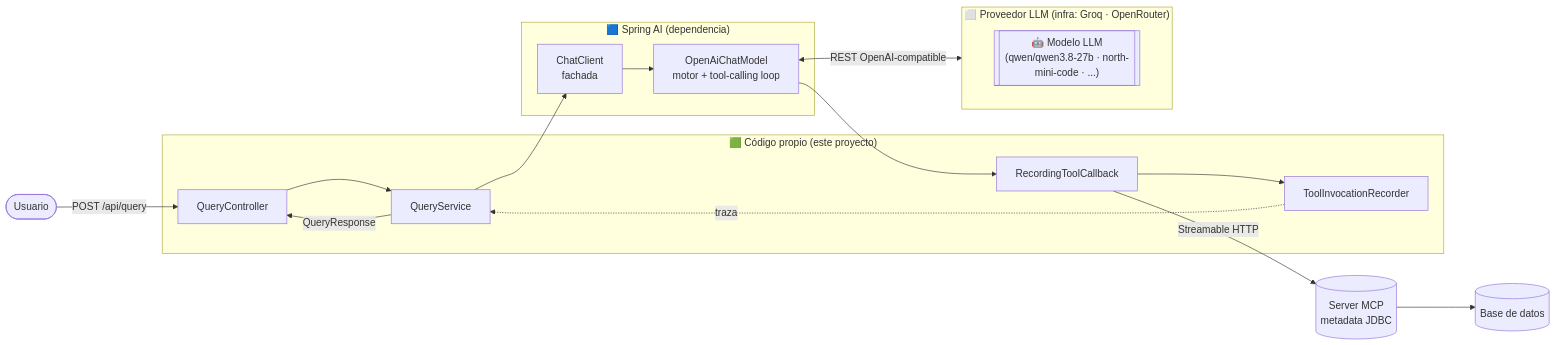
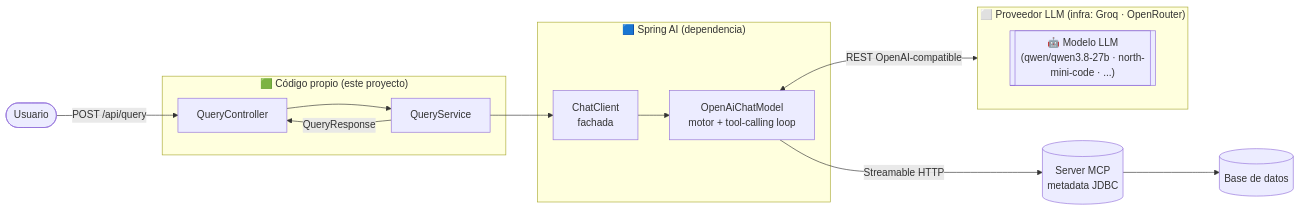
Before and after one commit to Gianni-Nicolas/MCP-capsule: the first of 6 diagrams in client/README.md, drawn with Mermaid. The commit also changed other lines of this file and 14 other files, not shown here.

Commit message:
refactor(client): remove includeMetadata tool-call trace feature

````diff
--- a/client/README.md
+++ b/client/README.md
@@ -69,29 +68,24 @@
 ```mermaid
 flowchart LR
     User([Usuario]) -->|POST /api/query| Controller[QueryController]
 
     subgraph app["🟩 Código propio (este proyecto)"]
         Controller --> Service[QueryService]
-        Recording[RecordingToolCallback]
-        Recorder[ToolInvocationRecorder]
     end
 
     subgraph springai["🟦 Spring AI (dependencia)"]
         ChatClient[ChatClient<br/>fachada]
         ChatModel[OpenAiChatModel<br/>motor + tool-calling loop]
         ChatClient --> ChatModel
     end
 
     Service --> ChatClient
     ChatModel <-->|REST OpenAI-compatible| Provider
-    ChatModel --> Recording
-    Recording -->|Streamable HTTP| MCP[(Server MCP<br/>metadata JDBC)]
+    ChatModel -->|Streamable HTTP| MCP[(Server MCP<br/>metadata JDBC)]
     MCP --> DB[(Base de datos)]
-    Recording --> Recorder
-    Recorder -.traza.-> Service
     Service -->|QueryResponse| Controller
 
     subgraph Provider["⬜ Proveedor LLM (infra: Groq · OpenRouter)"]
         Model[["🤖 Modelo LLM<br/>(qwen/qwen3.8-27b · north-mini-code · ...)"]]
     end
 ```
````
